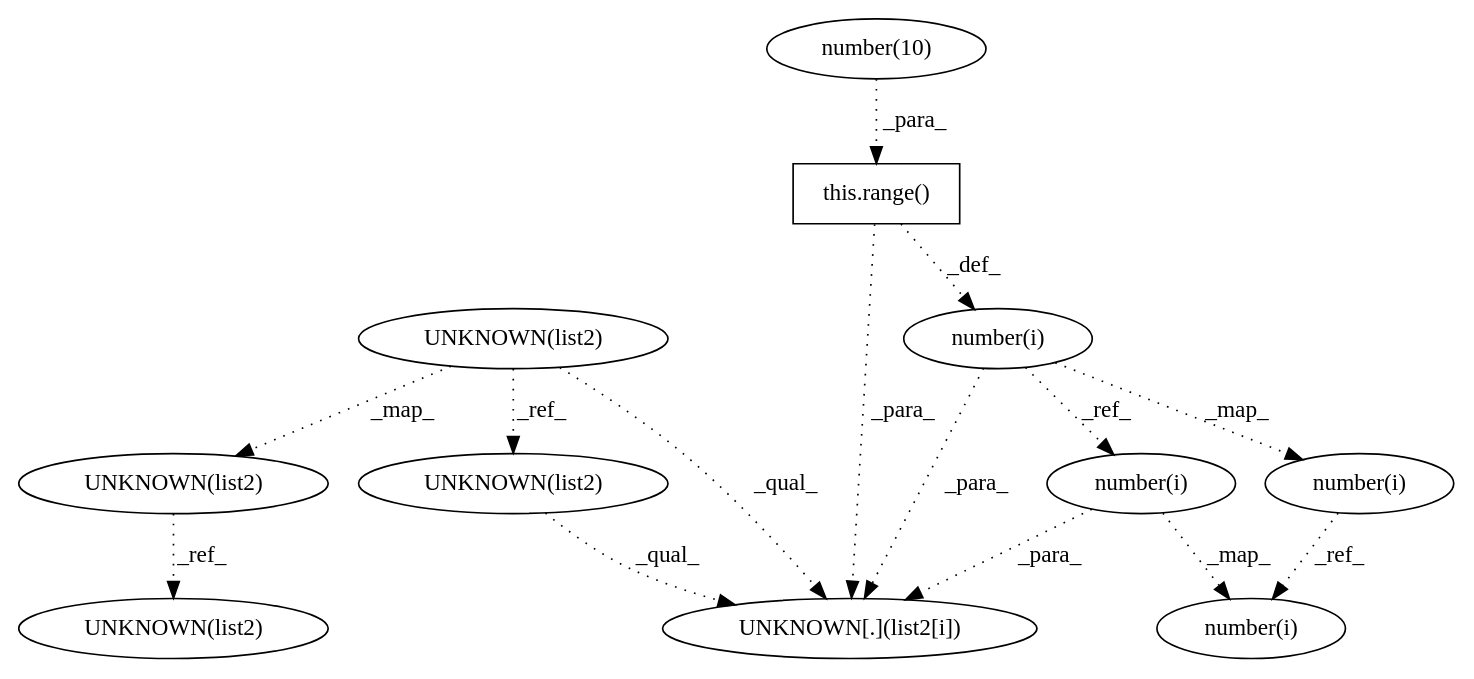
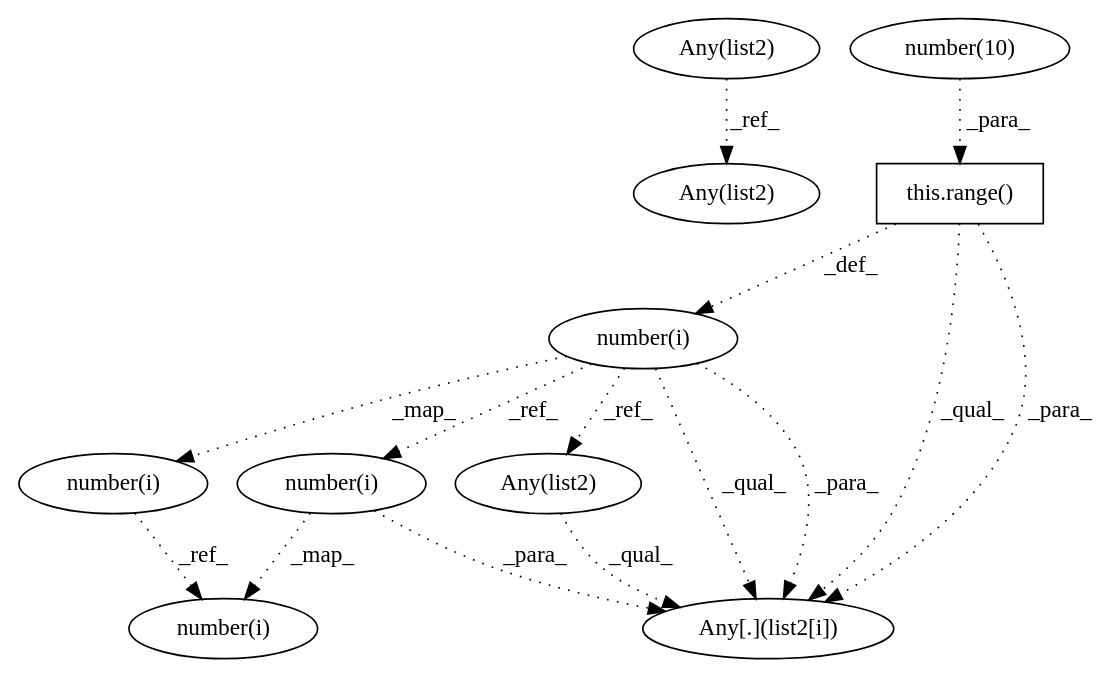
Before and after one commit to maldil/R-CPATMiner: the diagram in AtomicASTChangeMining/OUTPUT/DEBUG/c93be146872db0bda050cf8d5f3902cf65ecdf6e___0.dot, drawn with Graphviz. The commit also changed 76 other files, not shown here.

```diff
--- a/AtomicASTChangeMining/OUTPUT/DEBUG/c93be146872db0bda050cf8d5f3902cf65ecdf6e___0.dot
+++ b/AtomicASTChangeMining/OUTPUT/DEBUG/c93be146872db0bda050cf8d5f3902cf65ecdf6e___0.dot
@@ -1,27 +1,26 @@
 digraph G {
-1 [label="number(i)" shape=ellipse]
+1 [label="Any(list2)" shape=ellipse]
 2 [label="number(i)" shape=ellipse]
 3 [label="number(i)" shape=ellipse]
-4 [label="UNKNOWN[.](list2[i])" shape=ellipse]
-5 [label="UNKNOWN(list2)" shape=ellipse]
-6 [label="UNKNOWN(list2)" shape=ellipse]
-7 [label="number(i)" shape=ellipse]
-8 [label="number(10)" shape=ellipse]
-9 [label="UNKNOWN(list2)" shape=ellipse]
-10 [label="this.range()" shape=box]
-11 [label="UNKNOWN(list2)" shape=ellipse]
-3 -> 1 [label="_ref_" style=dotted];
-2 -> 1 [label="_map_" style=dotted];
-7 -> 2 [label="_ref_" style=dotted];
-7 -> 3 [label="_map_" style=dotted];
-9 -> 4 [label="_qual_" style=dotted];
-2 -> 4 [label="_para_" style=dotted];
-7 -> 4 [label="_para_" style=dotted];
-10 -> 4 [label="_para_" style=dotted];
-5 -> 4 [label="_qual_" style=dotted];
-11 -> 6 [label="_ref_" style=dotted];
-10 -> 7 [label="_def_" style=dotted];
-5 -> 9 [label="_ref_" style=dotted];
-8 -> 10 [label="_para_" style=dotted];
-5 -> 11 [label="_map_" style=dotted];
+4 [label="this.range()" shape=box]
+5 [label="Any(list2)" shape=ellipse]
+6 [label="number(i)" shape=ellipse]
+7 [label="Any(list2)" shape=ellipse]
+8 [label="Any[.](list2[i])" shape=ellipse]
+9 [label="number(10)" shape=ellipse]
+10 [label="number(i)" shape=ellipse]
+5 -> 1 [label="_ref_" style=dotted];
+4 -> 2 [label="_def_" style=dotted];
+2 -> 3 [label="_map_" style=dotted];
+9 -> 4 [label="_para_" style=dotted];
+2 -> 6 [label="_ref_" style=dotted];
+2 -> 7 [label="_ref_" style=dotted];
+7 -> 8 [label="_qual_" style=dotted];
+6 -> 8 [label="_para_" style=dotted];
+2 -> 8 [label="_qual_" style=dotted];
+4 -> 8 [label="_qual_" style=dotted];
+2 -> 8 [label="_para_" style=dotted];
+4 -> 8 [label="_para_" style=dotted];
+3 -> 10 [label="_ref_" style=dotted];
+6 -> 10 [label="_map_" style=dotted];
 }
```
